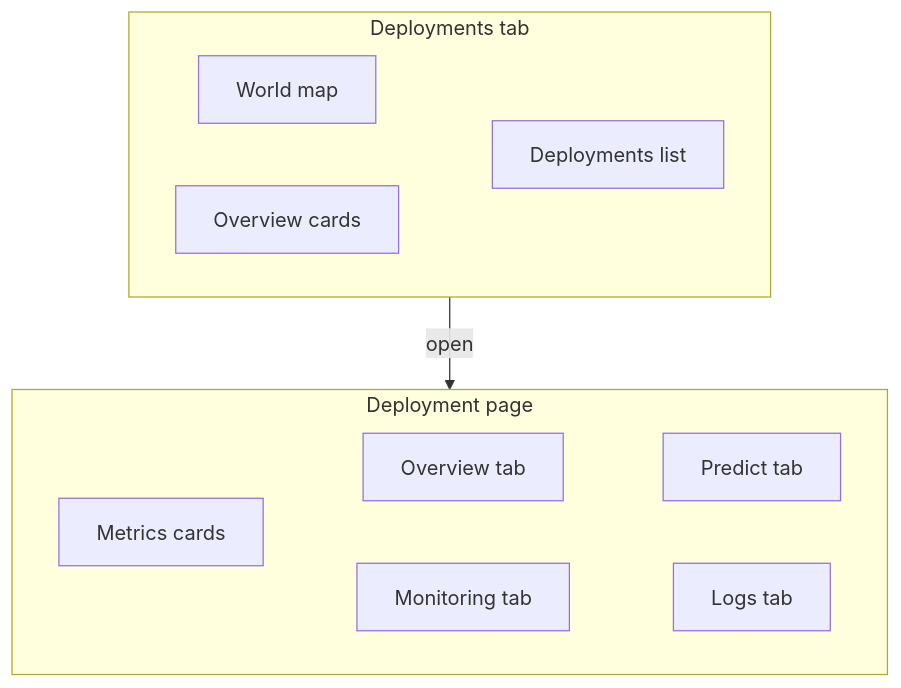
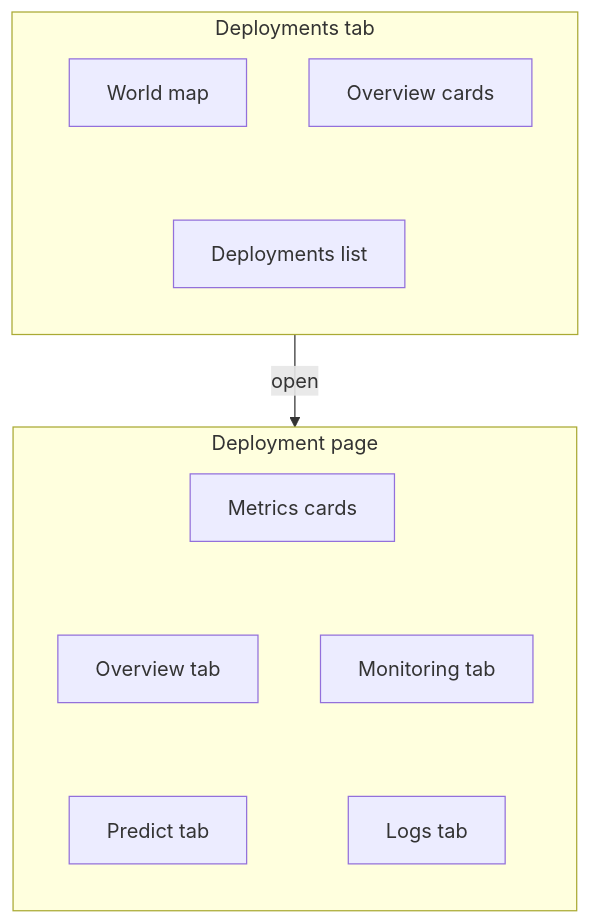
Before and after one commit to ultralytics/ultralytics: the diagram in docs/en/platform/deploy/monitoring.md, drawn with Mermaid. The commit also changed 10 other files, not shown here.

First line of the commit message:
Fix Mermaid review findings and re-tune diagrams for the dagre layout

````diff
--- a/docs/en/platform/deploy/monitoring.md
+++ b/docs/en/platform/deploy/monitoring.md
@@ -19,14 +19,16 @@
 ```mermaid
 flowchart TD
     subgraph tab["Deployments tab"]
+        direction TB
         A[World map] ~~~ C[Deployments list]
         B[Overview cards] ~~~ C
     end
     subgraph page["Deployment page"]
+        direction TB
         D[Metrics cards] ~~~ E[Overview tab]
         D ~~~ F[Monitoring tab]
         E ~~~ G[Predict tab]
         F ~~~ H[Logs tab]
     end
     tab -->|open| page
 ```
````
